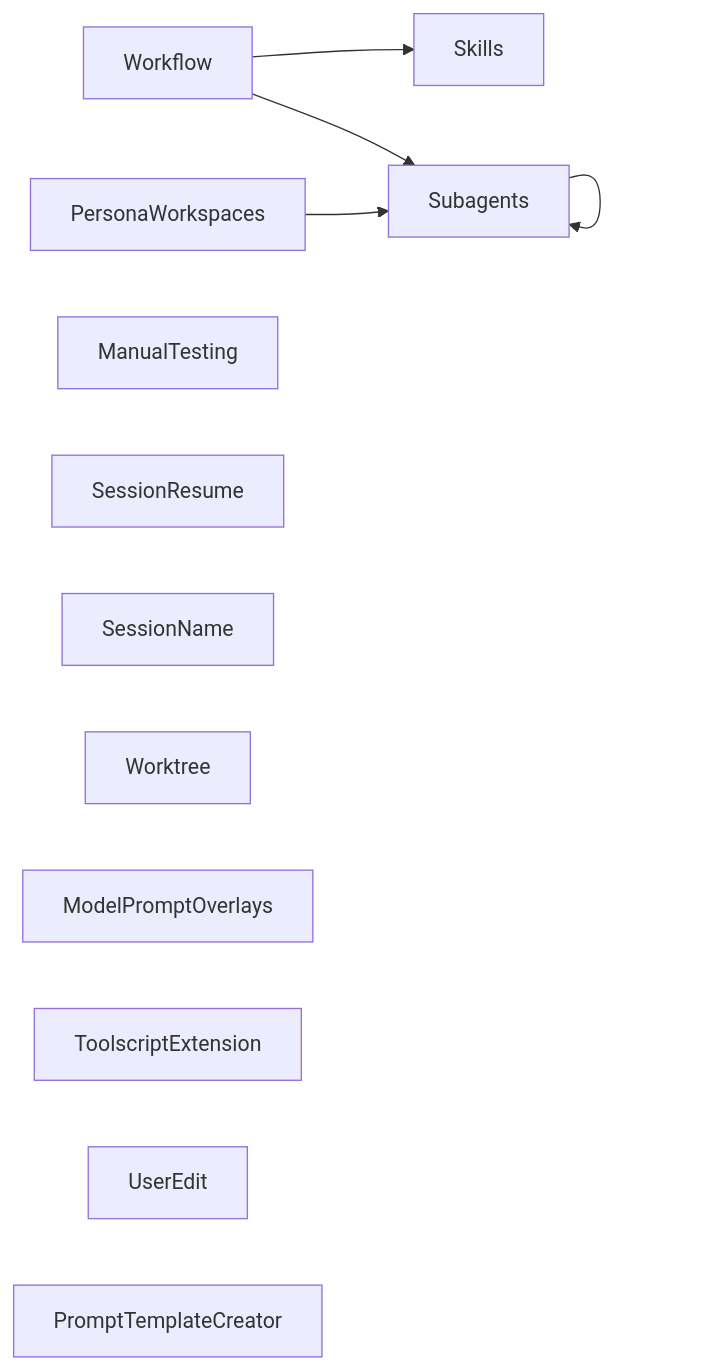
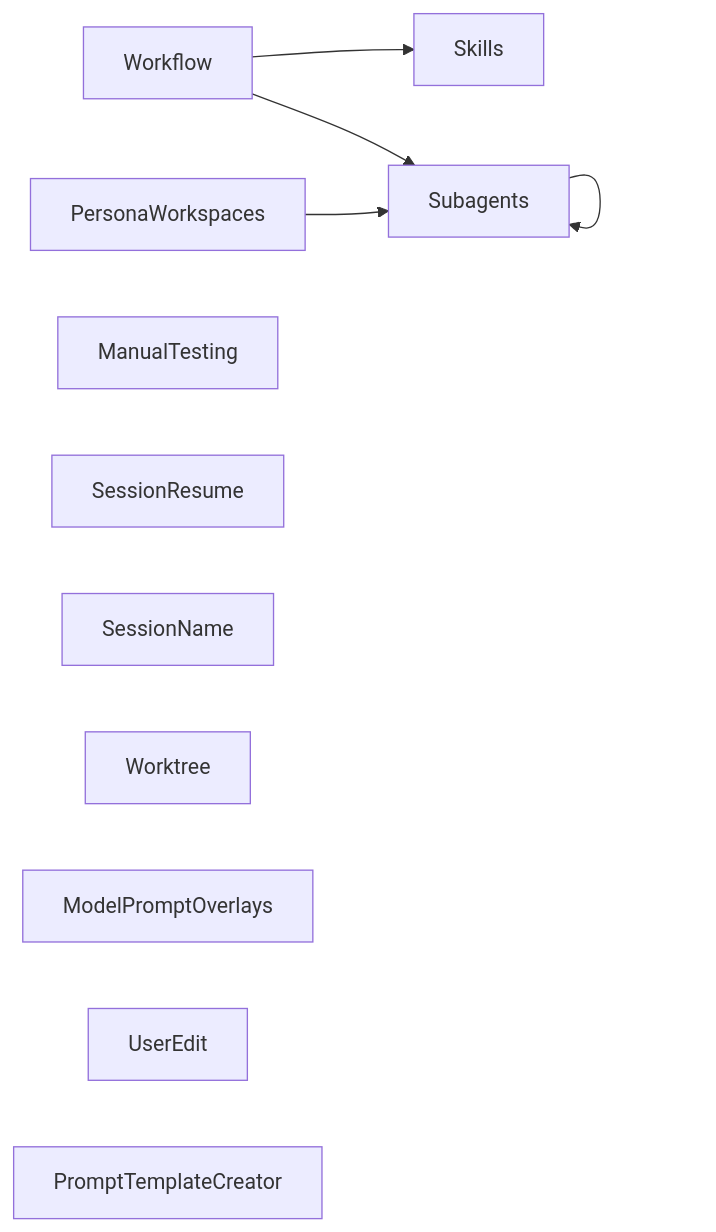
The first of 2 diagrams in codemap.md (alennartz/my-pi), drawn with Mermaid before and after one commit. The commit also changed other lines of this file and 12 other files, not shown here.

Commit message:
remove obsolete toolscript extension

````diff
--- a/codemap.md
+++ b/codemap.md
@@ -7,15 +7,14 @@
 ```mermaid
 graph LR
   Workflow --> Skills
   Workflow --> Subagents
   Subagents --> Subagents
   PersonaWorkspaces --> Subagents
   ManualTesting
   SessionResume
   SessionName
   Worktree
   ModelPromptOverlays
-  ToolscriptExtension
   UserEdit
   PromptTemplateCreator
 ```
````
